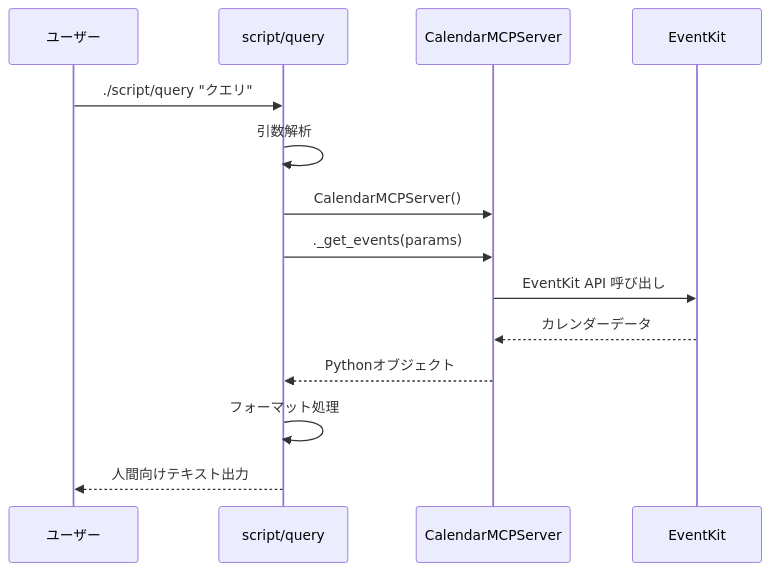
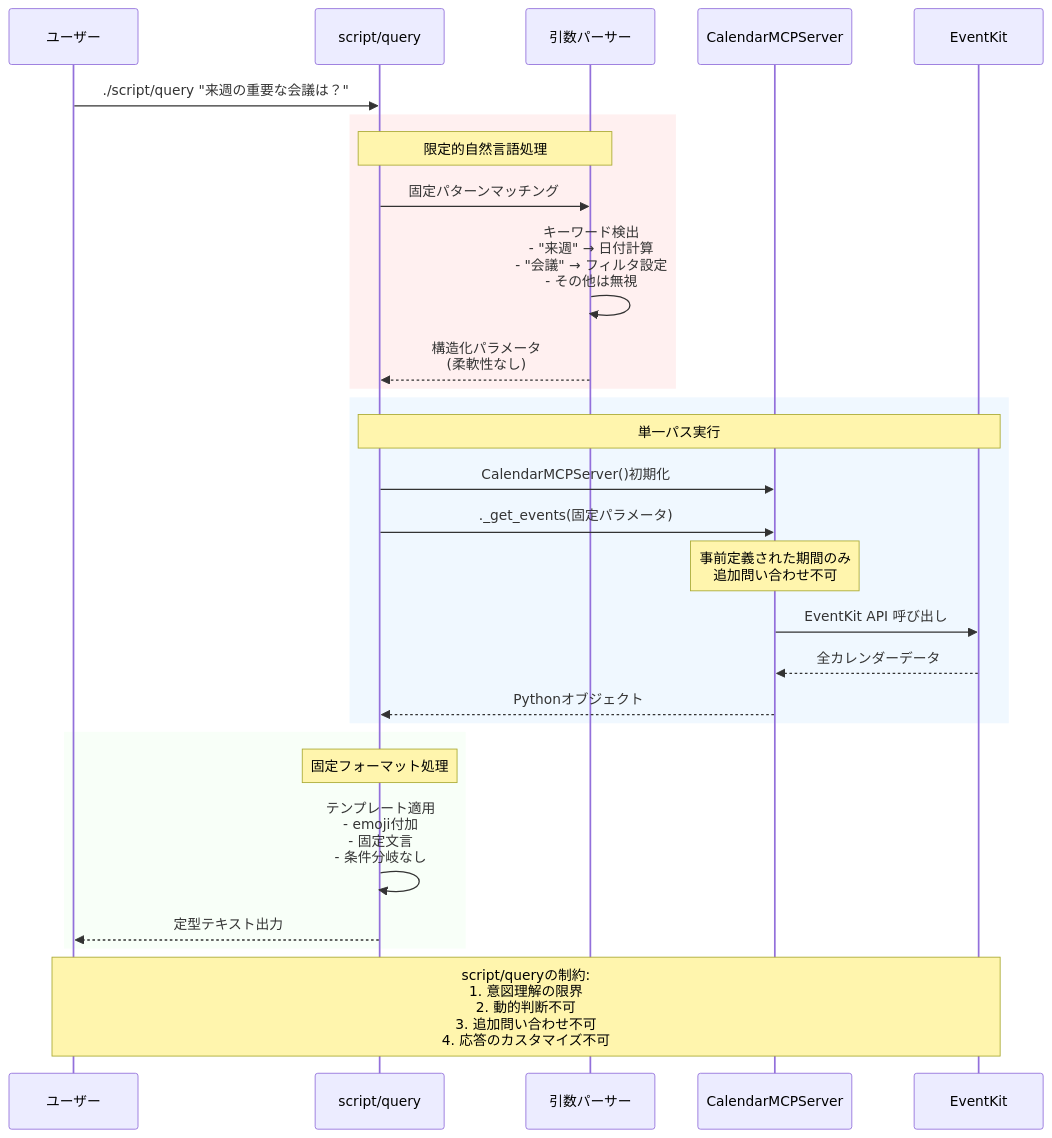
The first of 7 diagrams in docs/05-call-methods-comparison.md (koudaiii/myCalendarMCP), drawn with Mermaid before and after one commit. The commit also changed other lines of this file and 7 other files, not shown here.

````diff
--- a/docs/05-call-methods-comparison.md
+++ b/docs/05-call-methods-comparison.md
@@ -110,17 +114,35 @@
 ```mermaid
 sequenceDiagram
     participant User as ユーザー
     participant Script as script/query
+    participant Parser as 引数パーサー
     participant Server as CalendarMCPServer
     participant EventKit as EventKit
 
-    User->>Script: ./script/query "クエリ"
-    Script->>Script: 引数解析
-    Script->>Server: CalendarMCPServer()
-    Script->>Server: ._get_events(params)
-    Server->>EventKit: EventKit API 呼び出し
-    EventKit-->>Server: カレンダーデータ
-    Server-->>Script: Pythonオブジェクト
-    Script->>Script: フォーマット処理
-    Script-->>User: 人間向けテキスト出力
+    User->>Script: ./script/query "来週の重要な会議は？"
+
+    rect rgb(255, 240, 240)
+        note over Script, Parser: 限定的自然言語処理
+        Script->>Parser: 固定パターンマッチング
+        Parser->>Parser: キーワード検出<br/>- "来週" → 日付計算<br/>- "会議" → フィルタ設定<br/>- その他は無視
+        Parser-->>Script: 構造化パラメータ<br/>(柔軟性なし)
+    end
+
+    rect rgb(240, 248, 255)
+        note over Script, EventKit: 単一パス実行
+        Script->>Server: CalendarMCPServer()初期化
+        Script->>Server: ._get_events(固定パラメータ)
+        note over Server: 事前定義された期間のみ<br/>追加問い合わせ不可
+        Server->>EventKit: EventKit API 呼び出し
+        EventKit-->>Server: 全カレンダーデータ
+        Server-->>Script: Pythonオブジェクト
+    end
+
+    rect rgb(248, 255, 248)
+        note over Script: 固定フォーマット処理
+        Script->>Script: テンプレート適用<br/>- emoji付加<br/>- 固定文言<br/>- 条件分岐なし
+        Script-->>User: 定型テキスト出力
+    end
+
+    note over User, EventKit: script/queryの制約:<br/>1. 意図理解の限界<br/>2. 動的判断不可<br/>3. 追加問い合わせ不可<br/>4. 応答のカスタマイズ不可
 ```
````
